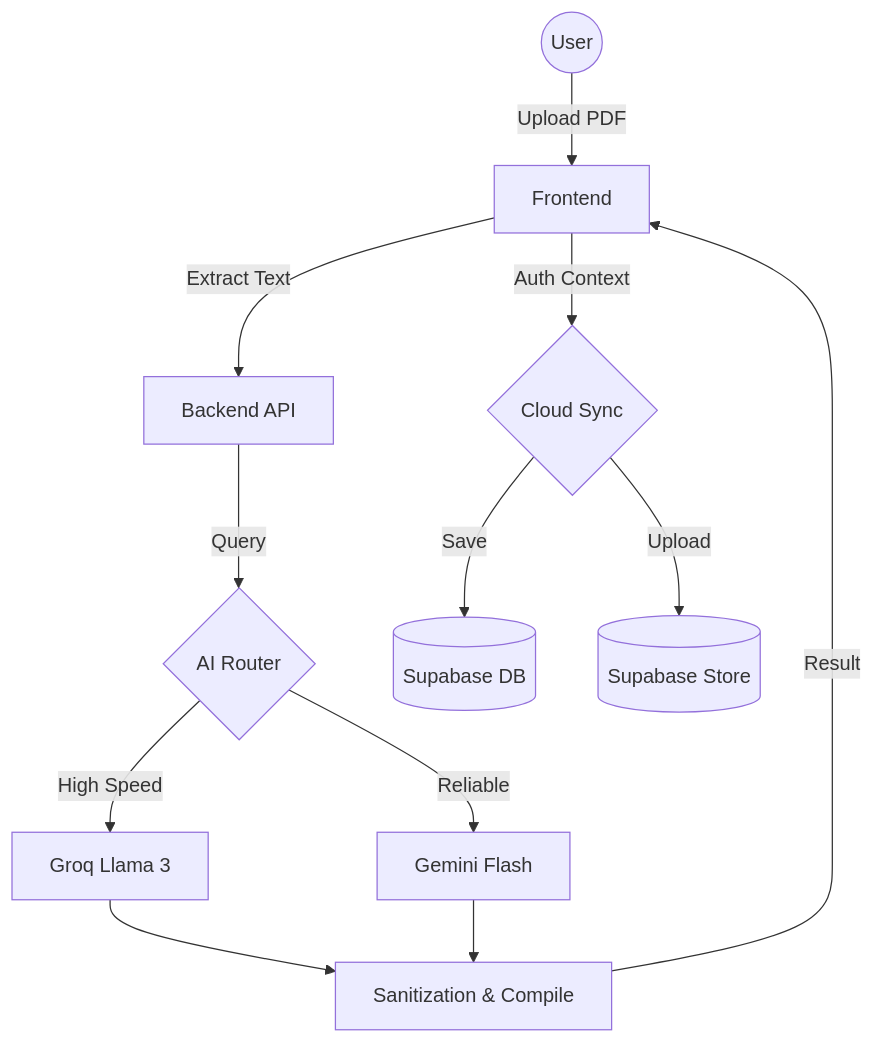
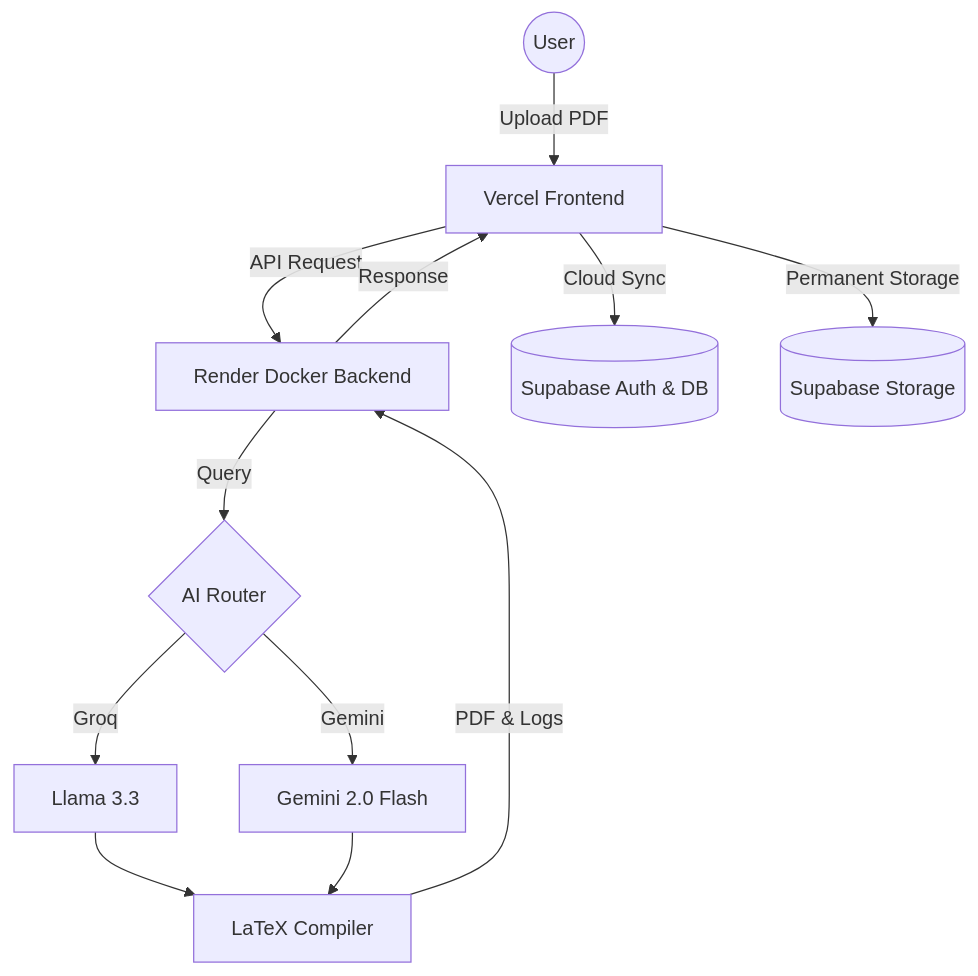
One commit to Pramod-Munnoli/AI_Latex_Resume_Builder changed the diagram in README.md. Above: the diagram before and after it, drawn with Mermaid. The commit also changed other lines of this file and 3 other files, not shown here.

Commit message:
feat: Implement initial AI LaTeX Resume Builder frontend with user authentication, PDF upload, LaTeX editing, and live PDF preview.

````diff
--- a/README.md
+++ b/README.md
@@ -30,14 +21,14 @@
 ```mermaid
 graph TD
-    User((User)) -->|Upload PDF| FE[Frontend]
-    FE -->|Extract Text| BE[Backend API]
+    User((User)) -->|Upload PDF| FE[Vercel Frontend]
+    FE -->|API Request| BE[Render Docker Backend]
     BE -->|Query| AI{AI Router}
-    AI -->|High Speed| Groq[Groq Llama 3]
-    AI -->|Reliable| Gemini[Gemini Flash]
-    Groq --> Sant[Sanitization & Compile]
-    Gemini --> Sant
-    Sant -->|Result| FE
-    FE -->|Auth Context| Sync{Cloud Sync}
-    Sync -->|Save| DB[(Supabase DB)]
-    Sync -->|Upload| S3[(Supabase Store)]
+    AI -->|Groq| Llama[Llama 3.3]
+    AI -->|Gemini| GFlash[Gemini 2.0 Flash]
+    Llama --> Comp[LaTeX Compiler]
+    GFlash --> Comp
+    Comp -->|PDF & Logs| BE
+    BE -->|Response| FE
+    FE -->|Cloud Sync| SB[(Supabase Auth & DB)]
+    FE -->|Permanent Storage| Store[(Supabase Storage)]
 ```
````
